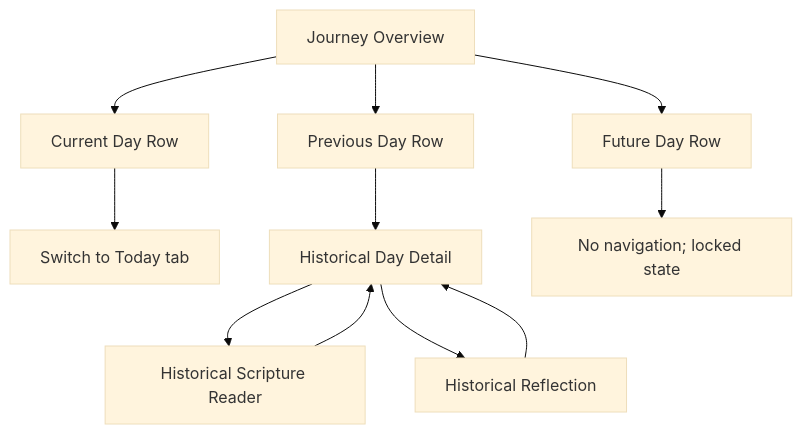
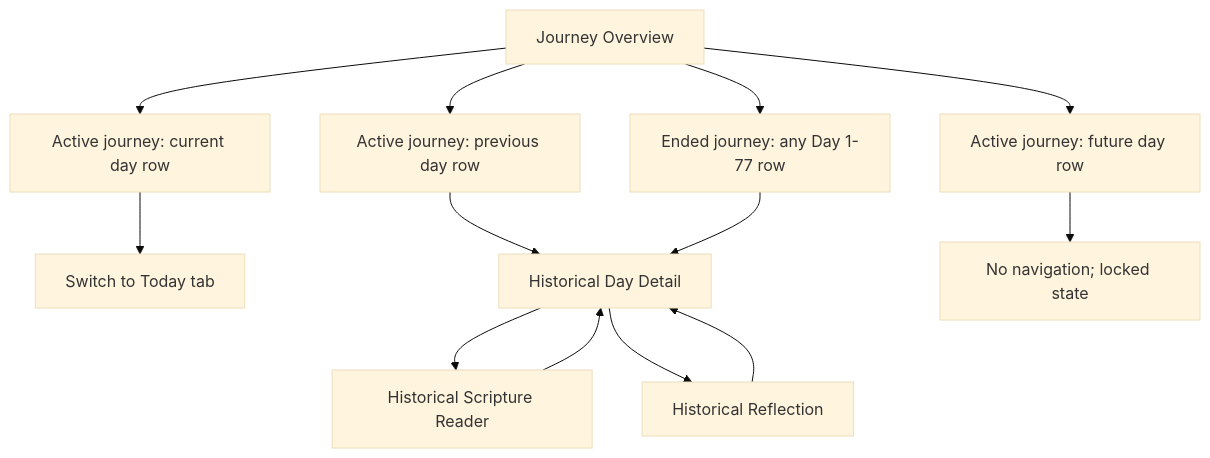
Before and after one commit to evanmcpheron/77Faithful: the third of 12 diagrams in docs/APP_NAVIGATION_AND_UX.md, drawn with Mermaid (base theme). The commit also changed other lines of this file and 23 other files, not shown here.

````diff
--- a/docs/APP_NAVIGATION_AND_UX.md
+++ b/docs/APP_NAVIGATION_AND_UX.md
@@ -470,15 +456,17 @@
 ```mermaid
 flowchart TD
-    Journey[Journey Overview] --> Current[Current Day Row]
-    Journey --> Past[Previous Day Row]
-    Journey --> Future[Future Day Row]
+    Journey[Journey Overview] --> Current[Active journey: current day row]
+    Journey --> Past[Active journey: previous day row]
+    Journey --> Future[Active journey: future day row]
 
     Current --> Today[Switch to Today tab]
     Past --> DayDetail[Historical Day Detail]
+    Journey --> Ended[Ended journey: any Day 1-77 row]
+    Ended --> DayDetail
     Future --> Locked[No navigation; locked state]
 
     DayDetail --> Scripture[Historical Scripture Reader]
     DayDetail --> Reflection[Historical Reflection]
     Scripture --> DayDetail
     Reflection --> DayDetail
 ```
````
